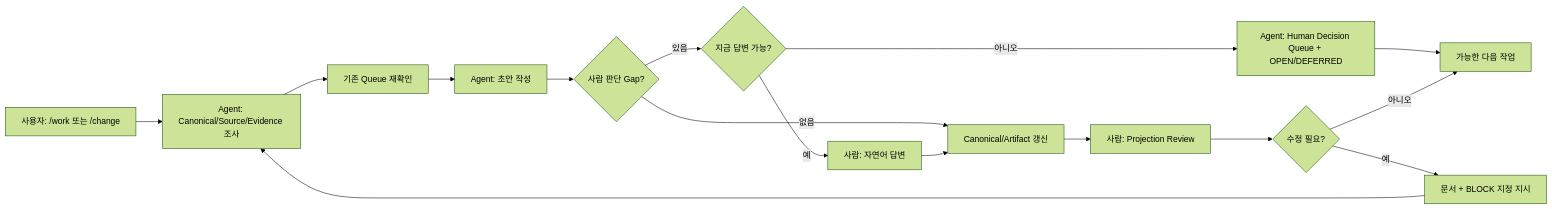
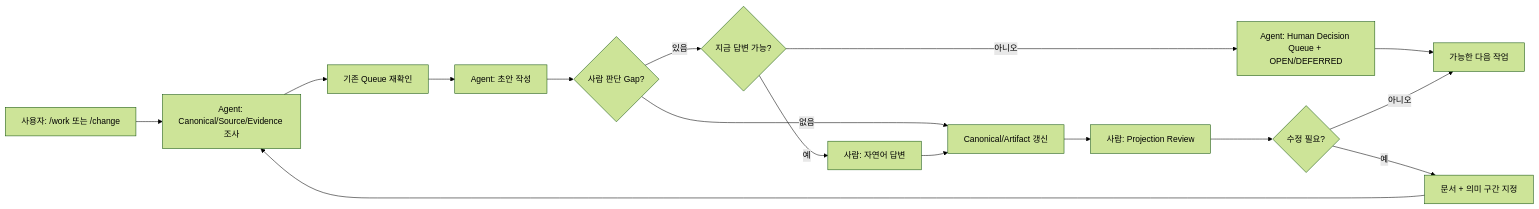
One commit to Seunghyun0606/SDLC_DDD_SDD changed the diagram in docs/00_시작/05_이해관계자별_작업가이드.md. Above: the diagram before and after it, drawn with Mermaid (forest theme). The commit also changed other lines of this file, not shown here.

Commit message:
docs: align stakeholder guide with hidden block and config reference UX

````diff
--- a/docs/00_시작/05_이해관계자별_작업가이드.md
+++ b/docs/00_시작/05_이해관계자별_작업가이드.md
@@ -29,18 +30,18 @@
 ```mermaid
 flowchart LR
     U["사용자: /work 또는 /change"] --> A1["Agent: Canonical/Source/Evidence 조사"]
     A1 --> Q0["기존 Queue 재확인"]
     Q0 --> A2["Agent: 초안 작성"]
     A2 --> Q{"사람 판단 Gap?"}
     Q -->|없음| C["Canonical/Artifact 갱신"]
     Q -->|있음| H{"지금 답변 가능?"}
     H -->|예| D["사람: 자연어 답변"]
     D --> C
     H -->|아니오| HQ["Agent: Human Decision Queue + OPEN/DEFERRED"]
     HQ --> N["가능한 다음 작업"]
     C --> R["사람: Projection Review"]
     R --> M{"수정 필요?"}
     M -->|아니오| N
-    M -->|예| B["문서 + BLOCK 지정 지시"]
+    M -->|예| B["문서 + 의미 구간 지정"]
     B --> A1
 ```
````
